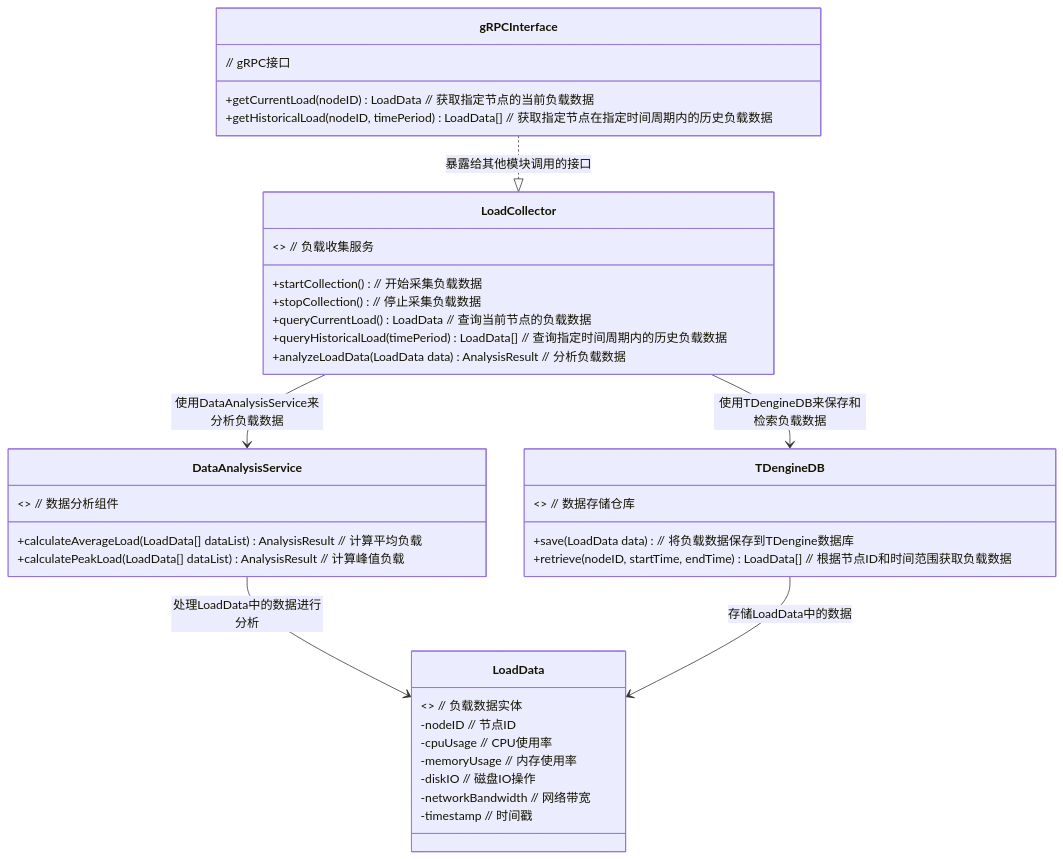
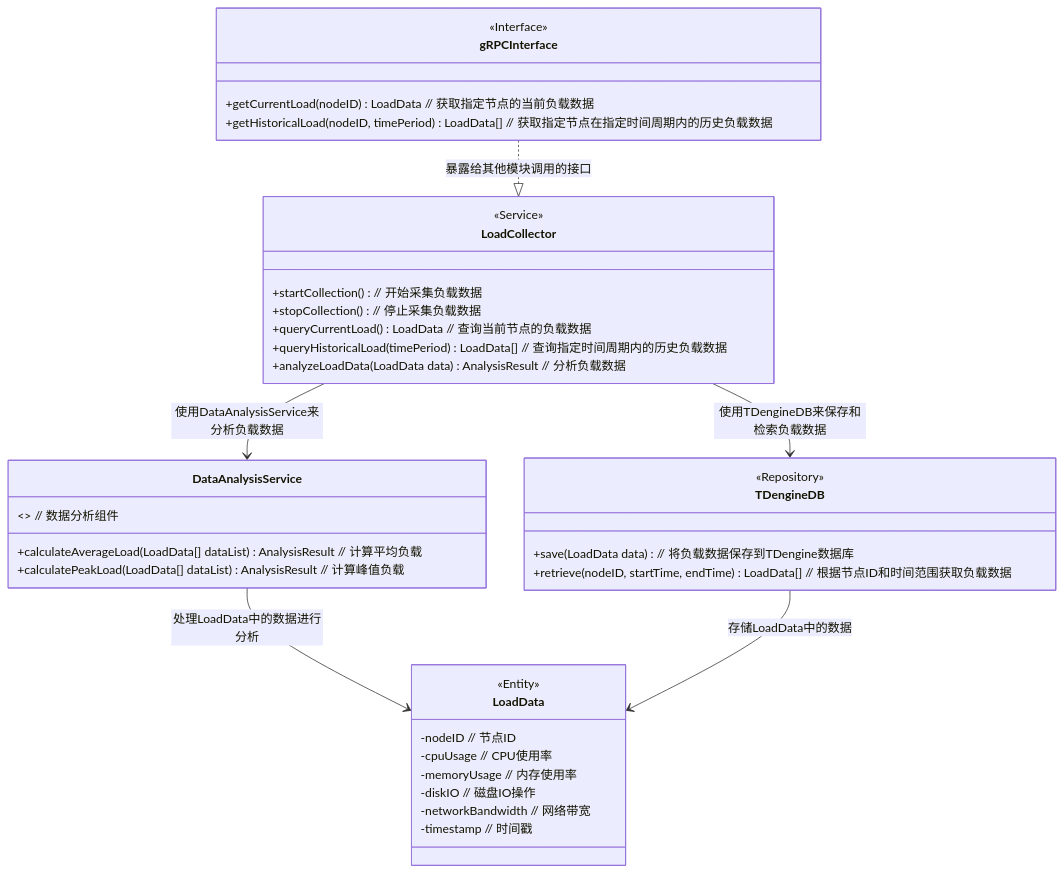
Before and after one commit to jjj960/iodraw-files: the diagram in all/未命名.md, drawn with Mermaid.

Commit message:
2025-03-06 17:02:25 update

````diff
--- a/all/未命名.md
+++ b/all/未命名.md
@@ -1,46 +1,46 @@
 ```mermaid
 classDiagram
     class LoadCollector {
-        <<Service>>  // 负载收集服务
+        <<Service>> 
         +startCollection()  // 开始采集负载数据
         +stopCollection()  // 停止采集负载数据
         +queryCurrentLoad() LoadData  // 查询当前节点的负载数据
         +queryHistoricalLoad(timePeriod) LoadData[]  // 查询指定时间周期内的历史负载数据
         +analyzeLoadData(LoadData data) AnalysisResult  // 分析负载数据
     }
 
     class LoadData {
-        <<Entity>>  // 负载数据实体
+        <<Entity>> 
         -nodeID  // 节点ID
         -cpuUsage  // CPU使用率
         -memoryUsage  // 内存使用率
         -diskIO  // 磁盘IO操作
         -networkBandwidth  // 网络带宽
         -timestamp  // 时间戳
     }
 
     class TDengineDB {
-        <<Repository>>  // 数据存储仓库
+        <<Repository>>
         +save(LoadData data)  // 将负载数据保存到TDengine数据库
         +retrieve(nodeID, startTime, endTime) LoadData[]  // 根据节点ID和时间范围获取负载数据
     }
 
     class DataAnalysisService {
         <<Component>>  // 数据分析组件
         +calculateAverageLoad(LoadData[] dataList) AnalysisResult  // 计算平均负载
         +calculatePeakLoad(LoadData[] dataList) AnalysisResult  // 计算峰值负载
     }
 
     LoadCollector --> TDengineDB : 使用TDengineDB来保存和检索负载数据
     LoadCollector --> DataAnalysisService : 使用DataAnalysisService来分析负载数据
     DataAnalysisService --> LoadData : 处理LoadData中的数据进行分析
     TDengineDB --> LoadData : 存储LoadData中的数据
 
     class gRPCInterface {
-        // gRPC接口 
+        <<Interface>> 
         +getCurrentLoad(nodeID) LoadData  // 获取指定节点的当前负载数据
         +getHistoricalLoad(nodeID, timePeriod) LoadData[]  // 获取指定节点在指定时间周期内的历史负载数据
     }
 
     gRPCInterface ..|> LoadCollector : 暴露给其他模块调用的接口
 ```
````
